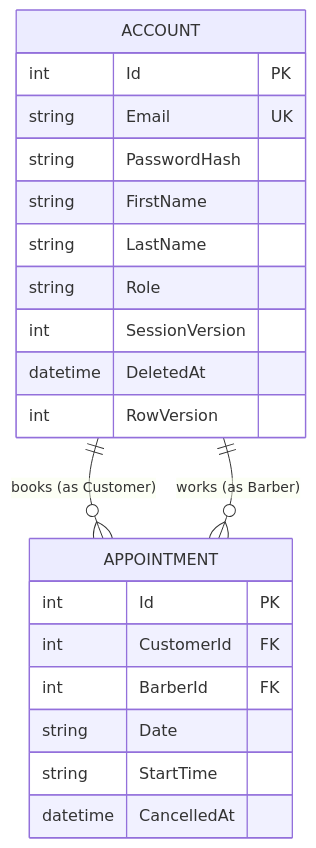
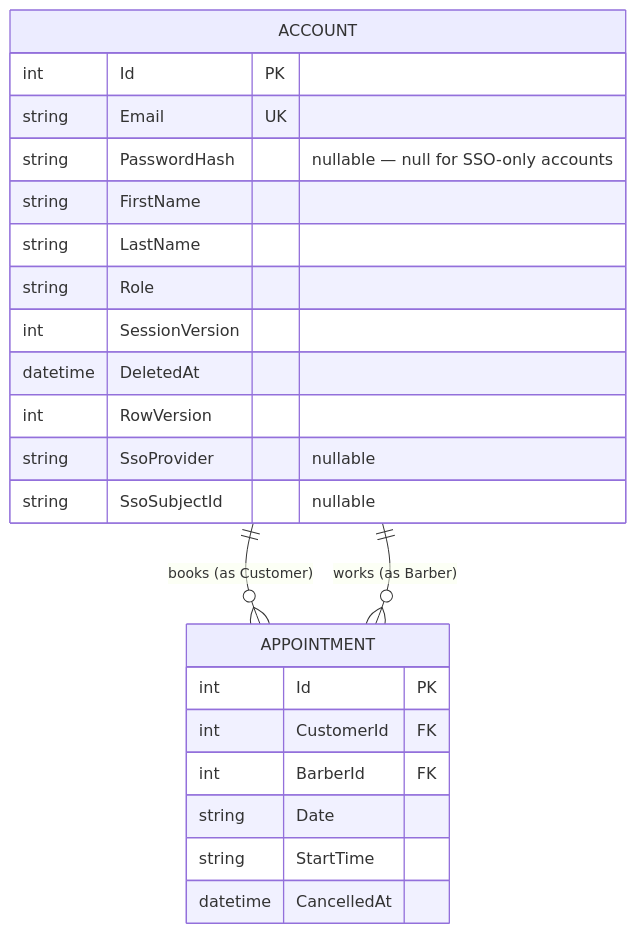
The second of 2 diagrams in _bmad-output/planning-artifacts/architecture/architecture-bmad-learning-project-2026-07-23/ARCHITECTURE-SPINE.md (jpf403/bmad-learning-project), drawn with Mermaid before and after one commit. The commit also changed other lines of this file and 4 other files, not shown here.

````diff
--- a/_bmad-output/planning-artifacts/architecture/architecture-bmad-learning-project-2026-07-23/ARCHITECTURE-SPINE.md
+++ b/_bmad-output/planning-artifacts/architecture/architecture-bmad-learning-project-2026-07-23/ARCHITECTURE-SPINE.md
@@ -202,24 +209,26 @@
 ```mermaid
 erDiagram
     ACCOUNT ||--o{ APPOINTMENT : "books (as Customer)"
     ACCOUNT ||--o{ APPOINTMENT : "works (as Barber)"
     ACCOUNT {
         int Id PK
         string Email UK
-        string PasswordHash
+        string PasswordHash "nullable — null for SSO-only accounts"
         string FirstName
         string LastName
         string Role
         int SessionVersion
         datetime DeletedAt
         int RowVersion
+        string SsoProvider "nullable"
+        string SsoSubjectId "nullable"
     }
     APPOINTMENT {
         int Id PK
         int CustomerId FK
         int BarberId FK
         string Date
         string StartTime
         datetime CancelledAt
     }
 ```
````
